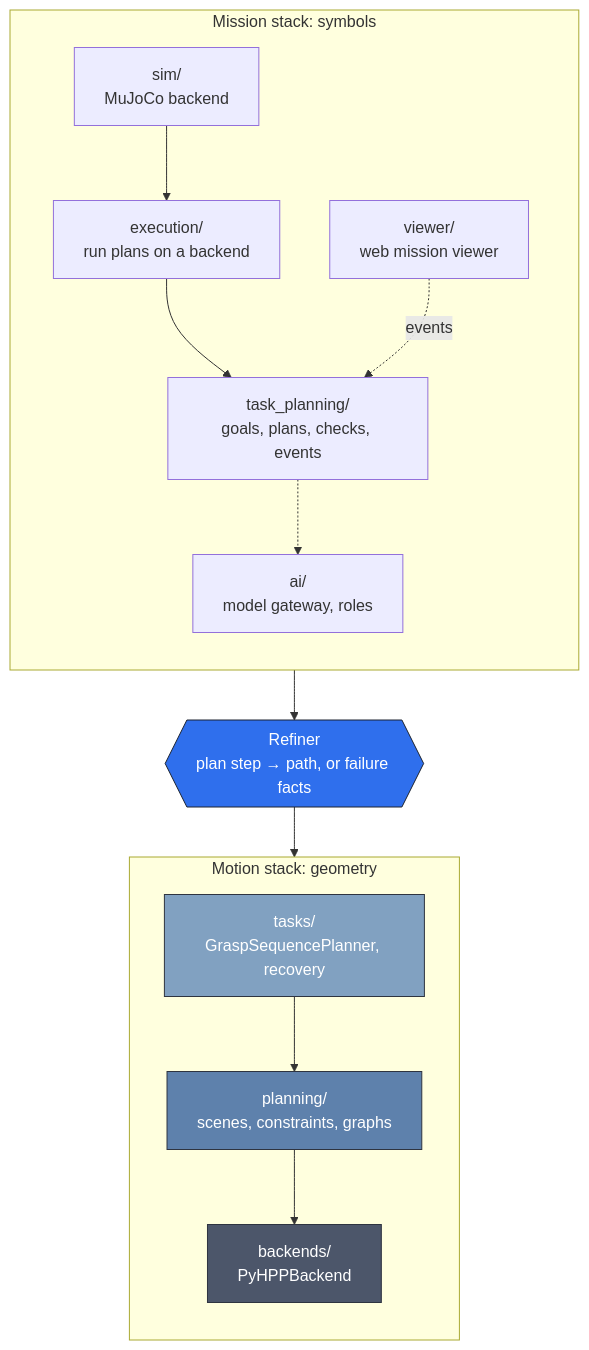
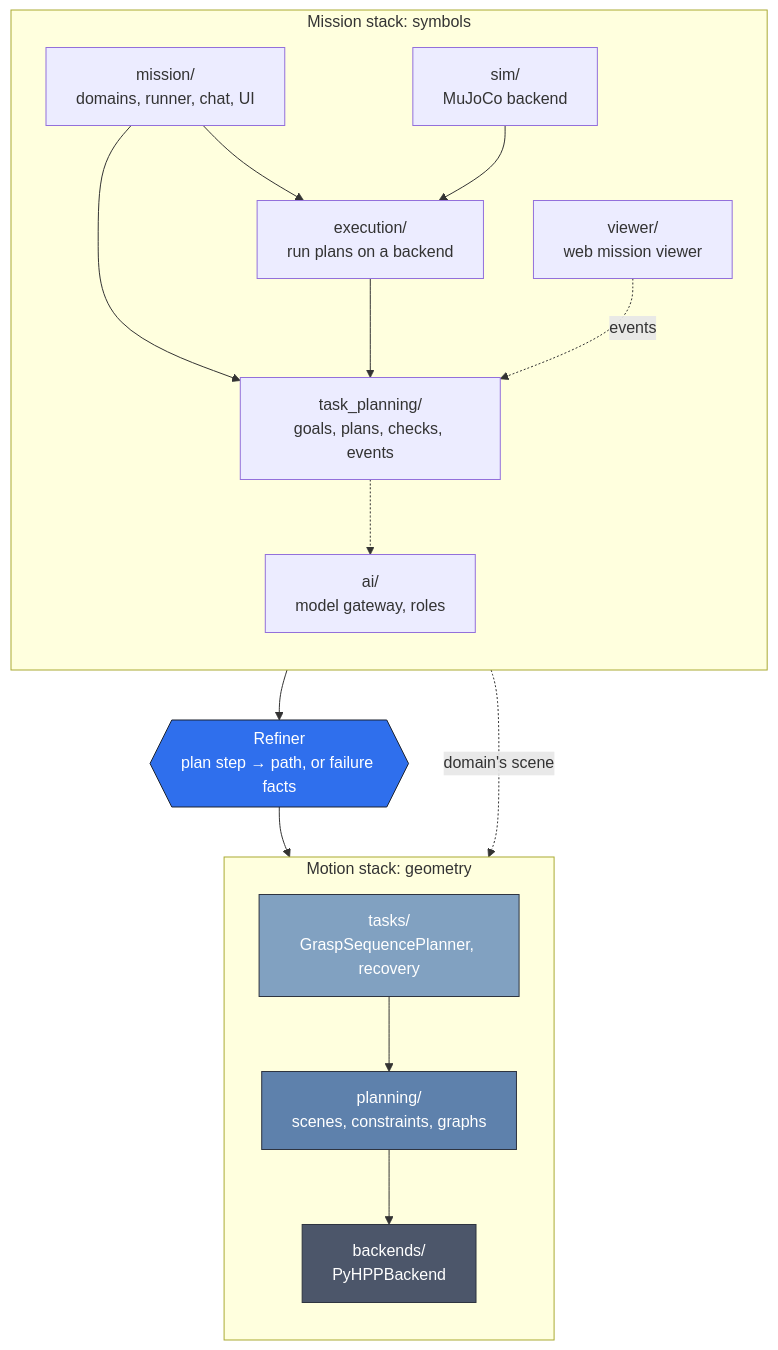
Before and after one commit to thanhndv212/long-tamp: the second of 3 diagrams in docs/architecture.md, drawn with Mermaid. The commit also changed other lines of this file and 1 other file, not shown here.

First line of the commit message:
Document what the screw assembly moved into the mission library

````diff
--- a/docs/architecture.md
+++ b/docs/architecture.md
@@ -65,30 +66,34 @@
 ```mermaid
 flowchart TB
     subgraph mission["Mission stack: symbols"]
         direction TB
+        mission_pkg["mission/<br/>domains, runner, chat, UI"]
         tp["task_planning/<br/>goals, plans, checks, events"]
         execution["execution/<br/>run plans on a backend"]
         ai["ai/<br/>model gateway, roles"]
         sim["sim/<br/>MuJoCo backend"]
         viewer["viewer/<br/>web mission viewer"]
     end
     refiner{{"Refiner<br/>plan step → path, or failure facts"}}
     subgraph motion["Motion stack: geometry"]
         direction TB
         tasks["tasks/<br/>GraspSequencePlanner, recovery"]
         planning["planning/<br/>scenes, constraints, graphs"]
         backends["backends/<br/>PyHPPBackend"]
     end
+    mission_pkg --> execution
+    mission_pkg --> tp
+    mission_pkg -. "domain's scene" .-> tasks
     execution --> tp
     tp -.-> ai
     sim --> execution
     viewer -. events .-> tp
     tp --> refiner
     refiner --> tasks
     tasks --> planning --> backends
 
     style refiner fill:#2f6fed,stroke:#1d2330,color:#fff
     style backends fill:#4c566a,stroke:#2e3440,color:#fff
     style planning fill:#5e81ac,stroke:#2e3440,color:#fff
     style tasks fill:#81a1c1,stroke:#2e3440,color:#fff
 ```
````
